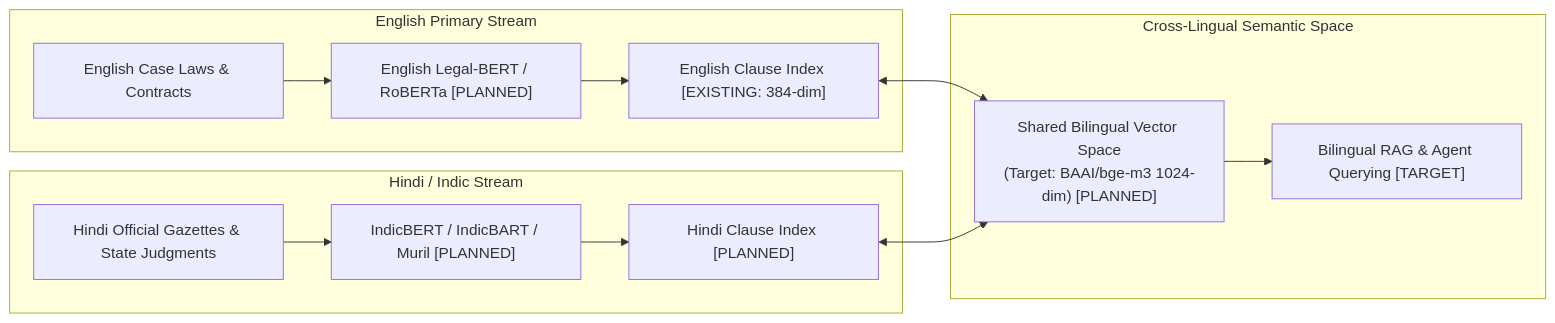
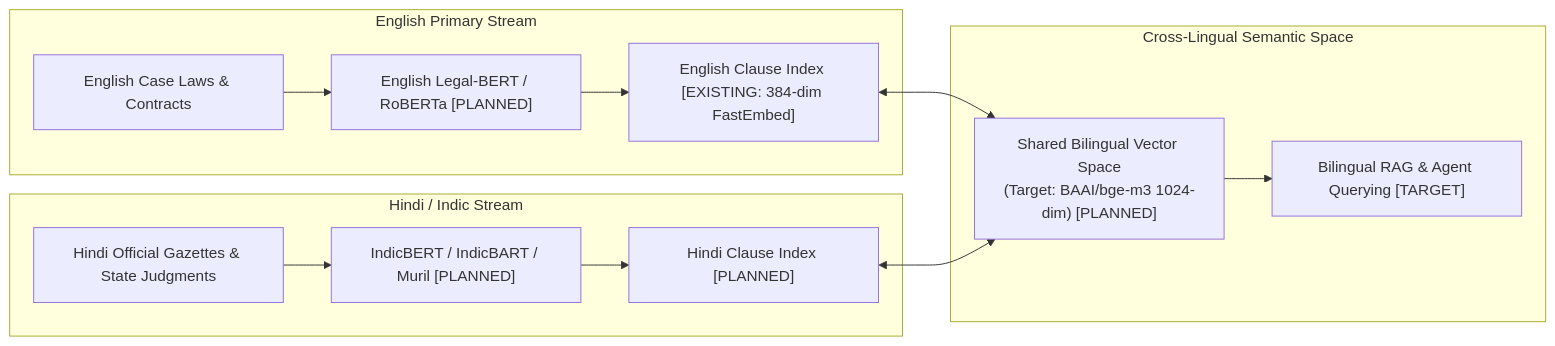
Before and after one commit to Yatharthnagpal/review: the second of 2 diagrams in 01_DATASET_ARCHITECTURE.md, drawn with Mermaid. The commit also changed other lines of this file and 19 other files, not shown here.

````diff
--- a/01_DATASET_ARCHITECTURE.md
+++ b/01_DATASET_ARCHITECTURE.md
@@ -137,18 +135,18 @@
 ```mermaid
 flowchart LR
     subgraph StreamA["English Primary Stream"]
         EA1["English Case Laws & Contracts"] --> EA2["English Legal-BERT / RoBERTa [PLANNED]"]
-        EA2 --> EA3["English Clause Index [EXISTING: 384-dim]"]
+        EA2 --> EA3["English Clause Index [EXISTING: 384-dim FastEmbed]"]
     end
 
     subgraph StreamB["Hindi / Indic Stream"]
         EB1["Hindi Official Gazettes & State Judgments"] --> EB2["IndicBERT / IndicBART / Muril [PLANNED]"]
         EB2 --> EB3["Hindi Clause Index [PLANNED]"]
     end
 
     subgraph CrossLingualBridge["Cross-Lingual Semantic Space"]
         EA3 <--> Alignment["Shared Bilingual Vector Space<br/>(Target: BAAI/bge-m3 1024-dim) [PLANNED]"]
         EB3 <--> Alignment
         Alignment --> HybridRetrieval["Bilingual RAG & Agent Querying [TARGET]"]
     end
 ```
````
